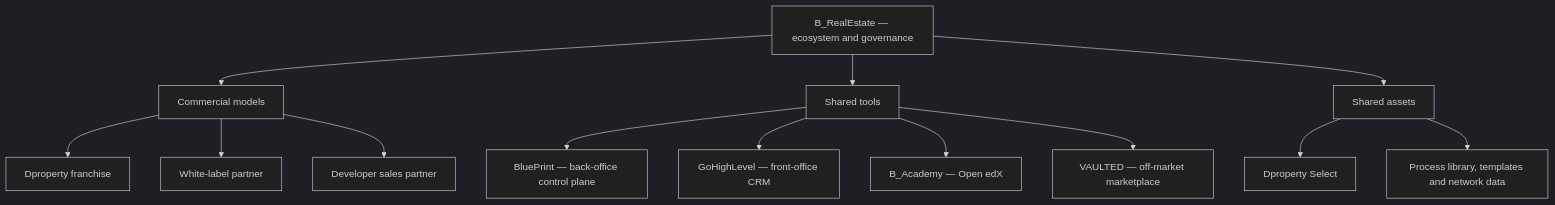
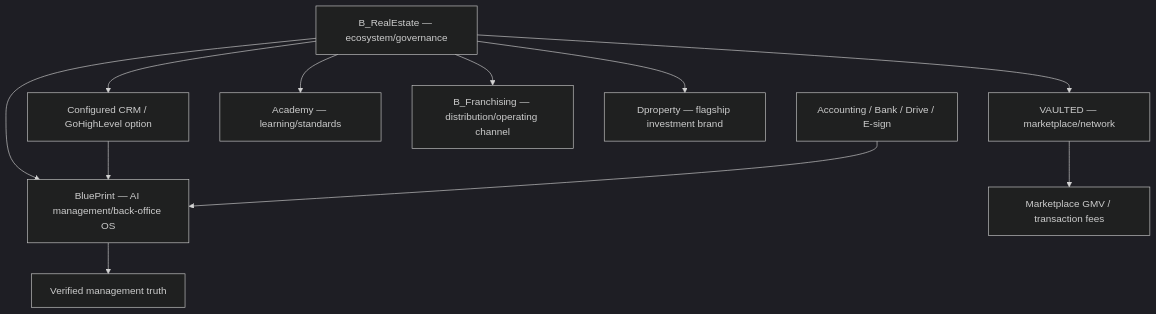
The diagram in second_brain/18_Ecosystem/00 - Ecosystem Master Map.md (esteban123210/Dproperty_OS), drawn with Mermaid (dark theme) before and after one commit. The commit also changed other lines of this file and 6 other files, not shown here.

Commit message:
Propagate BluePrint management OS boundary across ecosystem

````diff
--- a/second_brain/18_Ecosystem/00 - Ecosystem Master Map.md
+++ b/second_brain/18_Ecosystem/00 - Ecosystem Master Map.md
@@ -21,19 +19,15 @@
 ```mermaid
 flowchart TD
-    B["B_RealEstate — ecosystem and governance"]
-    B --> D["Commercial models"]
-    B --> T["Shared tools"]
-    B --> A["Shared assets"]
+    B["B_RealEstate — ecosystem/governance"]
+    B --> BP["BluePrint — AI management/back-office OS"]
+    B --> CRM["Configured CRM / GoHighLevel option"]
+    B --> VA["VAULTED — marketplace/network"]
+    B --> AC["Academy — learning/standards"]
+    B --> FR["B_Franchising — distribution/operating channel"]
+    B --> DP["Dproperty — flagship investment brand"]
 
-    D --> F["Dproperty franchise"]
-    D --> W["White-label partner"]
-    D --> V["Developer sales partner"]
-
-    T --> BP["BluePrint — back-office control plane"]
-    T --> CRM["GoHighLevel — front-office CRM"]
-    T --> EDU["B_Academy — Open edX"]
-    T --> VM["VAULTED — off-market marketplace"]
-
-    A --> DS["Dproperty Select"]
-    A --> PL["Process library, templates and network data"]
+    CRM --> BP
+    ACC["Accounting / Bank / Drive / E-sign"] --> BP
+    BP --> M["Verified management truth"]
+    VA --> GMV["Marketplace GMV / transaction fees"]
 ```
````
